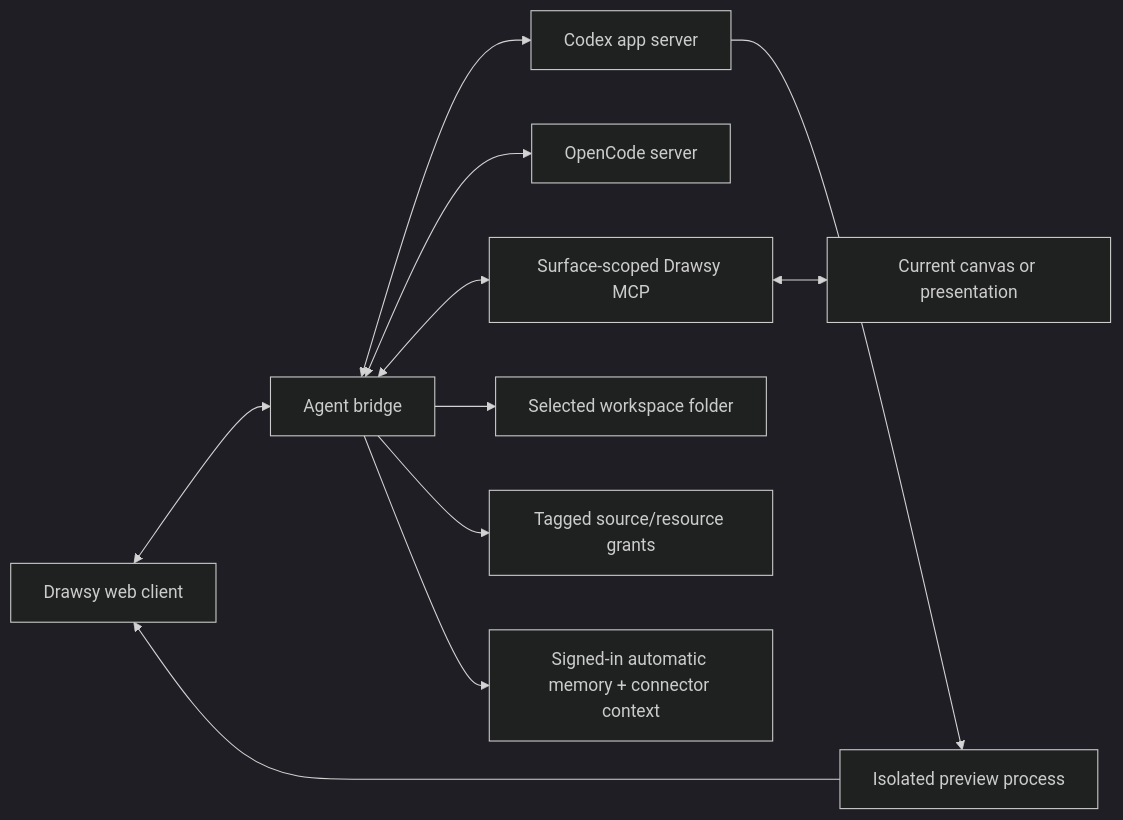
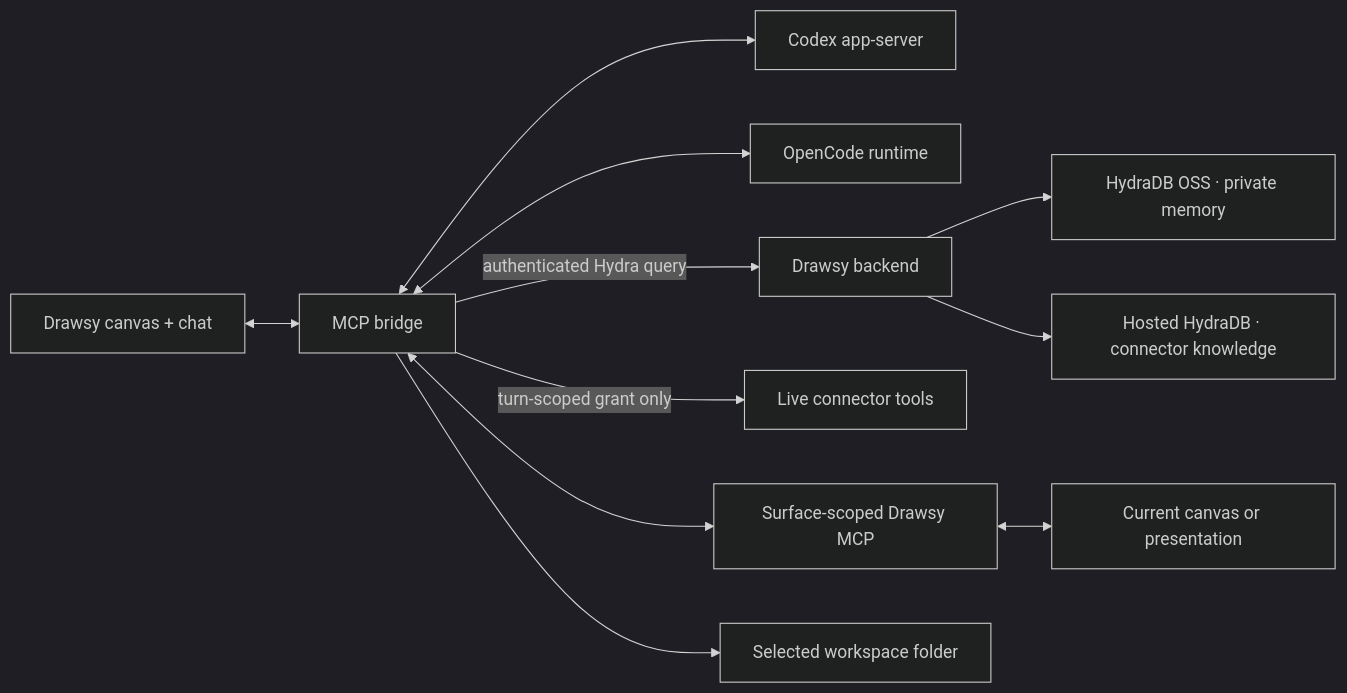
One commit to adarshnagrikar14/drawsy-ai-mcp changed the first of 2 diagrams in README.md. Above: the diagram before and after it, drawn with Mermaid (dark theme). The commit also changed other lines of this file, not shown here.

Commit message:
docs(mcp): update Hack Hydra submission notes and evaluation guidance in README

````diff
--- a/README.md
+++ b/README.md
@@ -9,13 +22,13 @@
 ```mermaid
 flowchart LR
-  Client["Drawsy web client"] <--> Bridge["Agent bridge"]
-  Bridge <--> Codex["Codex app server"]
-  Bridge <--> OpenCode["OpenCode server"]
+  UI["Drawsy canvas + chat"] <--> Bridge["MCP bridge"]
+  Bridge <--> Codex["Codex app-server"]
+  Bridge <--> OpenCode["OpenCode runtime"]
+  Bridge -->|authenticated Hydra query| API["Drawsy backend"]
+  API --> OSS["HydraDB OSS · private memory"]
+  API --> Hosted["Hosted HydraDB · connector knowledge"]
+  Bridge -->|turn-scoped grant only| Live["Live connector tools"]
   Bridge <--> MCP["Surface-scoped Drawsy MCP"]
   MCP <--> Surface["Current canvas or presentation"]
   Bridge --> Folder["Selected workspace folder"]
-  Bridge --> Grants["Tagged source/resource grants"]
-  Bridge --> Hydra["Signed-in automatic memory + connector context"]
-  Codex --> Preview["Isolated preview process"]
-  Preview --> Client
 ```
````
